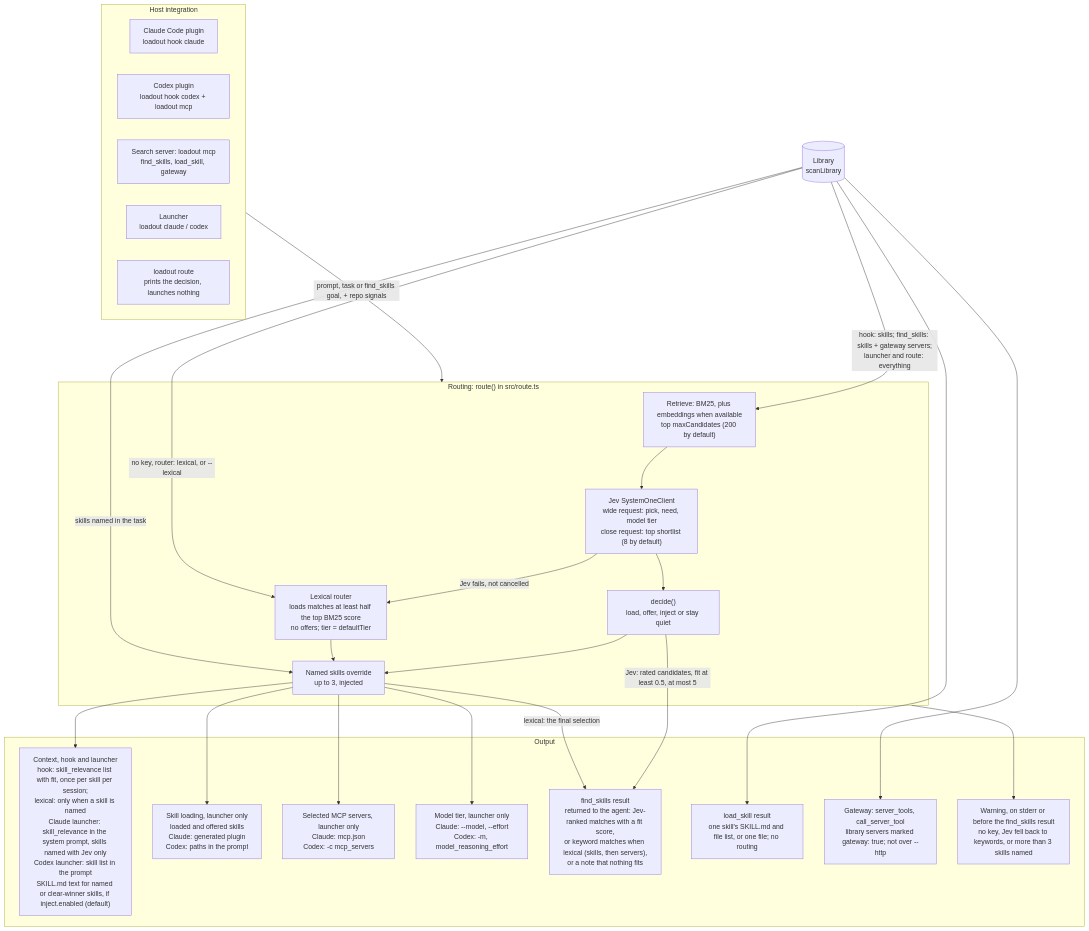
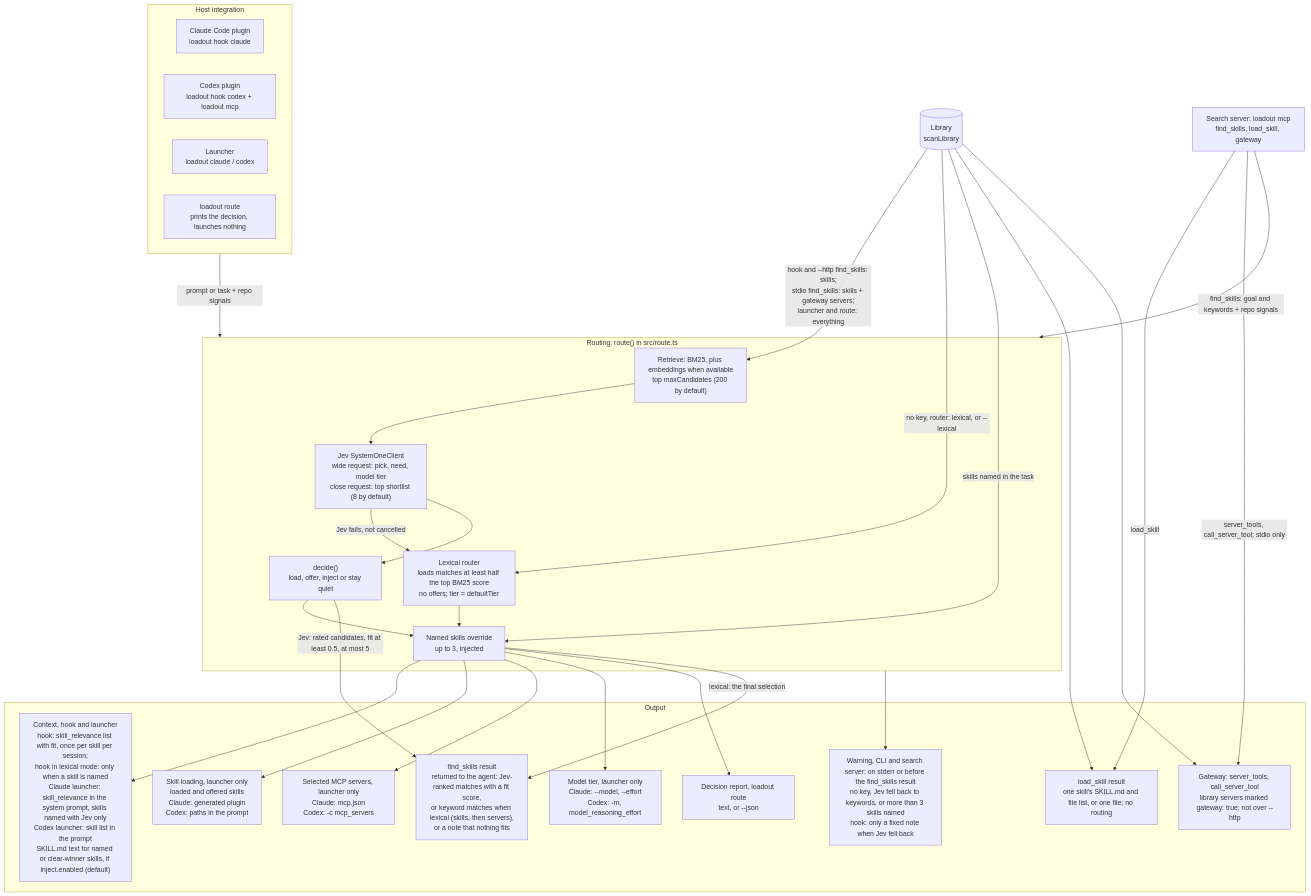
The diagram in DESIGN.md (erik-hedstrom/loadout), drawn with Mermaid before and after one commit.

Commit message:
E6: scope the search server, warnings and route output by entry point
Codex round 13:
- Only find_skills routes. load_skill and the gateway tools get their own
  edges from a search-server node outside the host subgraph.
- The lexical "only when a skill is named" rule applies to the hook only.
- The no-key and >3-named warnings come from the CLI and the search server;
  the hook prints only the fixed Jev-fallback note.
- --http find_skills routes skills only; gateway servers are stdio only.
- `loadout route` gets its decision-report output.

Rendered with mermaid-cli.

Claude-Session: https://claude.ai/code/session_01HuyR49tfEGYja23caRY2JK

````diff
--- a/DESIGN.md
+++ b/DESIGN.md
@@ -29,50 +29,56 @@
 ```mermaid
 flowchart TB
     subgraph host["Host integration"]
         CH["Claude Code plugin<br/>loadout hook claude"]
         XH["Codex plugin<br/>loadout hook codex + loadout mcp"]
-        MS["Search server: loadout mcp<br/>find_skills, load_skill, gateway"]
         LA["Launcher<br/>loadout claude / codex"]
         RT["loadout route<br/>prints the decision, launches nothing"]
     end
+
+    MS["Search server: loadout mcp<br/>find_skills, load_skill, gateway"]
 
     LIB[("Library<br/>scanLibrary")]
 
     subgraph routing["Routing: route() in src/route.ts"]
         RET["Retrieve: BM25, plus embeddings when available<br/>top maxCandidates (200 by default)"]
         JEV["Jev SystemOneClient<br/>wide request: pick, need, model tier<br/>close request: top shortlist (8 by default)"]
         DEC["decide()<br/>load, offer, inject or stay quiet"]
         LEX["Lexical router<br/>loads matches at least half the top BM25 score<br/>no offers; tier = defaultTier"]
         MEN["Named skills override<br/>up to 3, injected"]
         RET --> JEV
         JEV -->|"Jev fails, not cancelled"| LEX
         JEV --> DEC
         DEC --> MEN
         LEX --> MEN
     end
 
     subgraph out["Output"]
-        CTX["Context, hook and launcher<br/>hook: skill_relevance list with fit, once per skill per session;<br/>lexical: only when a skill is named<br/>Claude launcher: skill_relevance in the system prompt, skills named with Jev only<br/>Codex launcher: skill list in the prompt<br/>SKILL.md text for named or clear-winner skills, if inject.enabled (default)"]
+        CTX["Context, hook and launcher<br/>hook: skill_relevance list with fit, once per skill per session;<br/>hook in lexical mode: only when a skill is named<br/>Claude launcher: skill_relevance in the system prompt, skills named with Jev only<br/>Codex launcher: skill list in the prompt<br/>SKILL.md text for named or clear-winner skills, if inject.enabled (default)"]
         SKL["Skill loading, launcher only<br/>loaded and offered skills<br/>Claude: generated plugin<br/>Codex: paths in the prompt"]
         MCPS["Selected MCP servers, launcher only<br/>Claude: mcp.json<br/>Codex: -c mcp_servers"]
         TIER["Model tier, launcher only<br/>Claude: --model, --effort<br/>Codex: -m, model_reasoning_effort"]
         FSR["find_skills result<br/>returned to the agent: Jev-ranked matches with a fit score,<br/>or keyword matches when lexical (skills, then servers),<br/>or a note that nothing fits"]
         LS["load_skill result<br/>one skill's SKILL.md and file list, or one file; no routing"]
         GW["Gateway: server_tools, call_server_tool<br/>library servers marked gateway: true; not over --http"]
-        WARN["Warning, on stderr or before the find_skills result<br/>no key, Jev fell back to keywords, or more than 3 skills named"]
+        WARN["Warning, CLI and search server: on stderr or before the find_skills result<br/>no key, Jev fell back to keywords, or more than 3 skills named<br/>hook: only a fixed note when Jev fell back"]
+        DR["Decision report, loadout route<br/>text, or --json"]
     end
 
-    host -->|"prompt, task or find_skills goal, + repo signals"| routing
-    LIB -->|"hook: skills; find_skills: skills + gateway servers;<br/>launcher and route: everything"| RET
+    host -->|"prompt or task + repo signals"| routing
+    MS -->|"find_skills: goal and keywords + repo signals"| routing
+    MS -->|"load_skill"| LS
+    MS -->|"server_tools, call_server_tool; stdio only"| GW
+    LIB -->|"hook and --http find_skills: skills;<br/>stdio find_skills: skills + gateway servers;<br/>launcher and route: everything"| RET
     LIB -->|"no key, router: lexical, or --lexical"| LEX
     LIB -->|"skills named in the task"| MEN
     LIB --> LS
     LIB --> GW
     MEN --> CTX
     MEN --> SKL
     MEN --> MCPS
     MEN --> TIER
+    MEN --> DR
     DEC -->|"Jev: rated candidates, fit at least 0.5, at most 5"| FSR
     MEN -->|"lexical: the final selection"| FSR
     routing --> WARN
 ```
````
